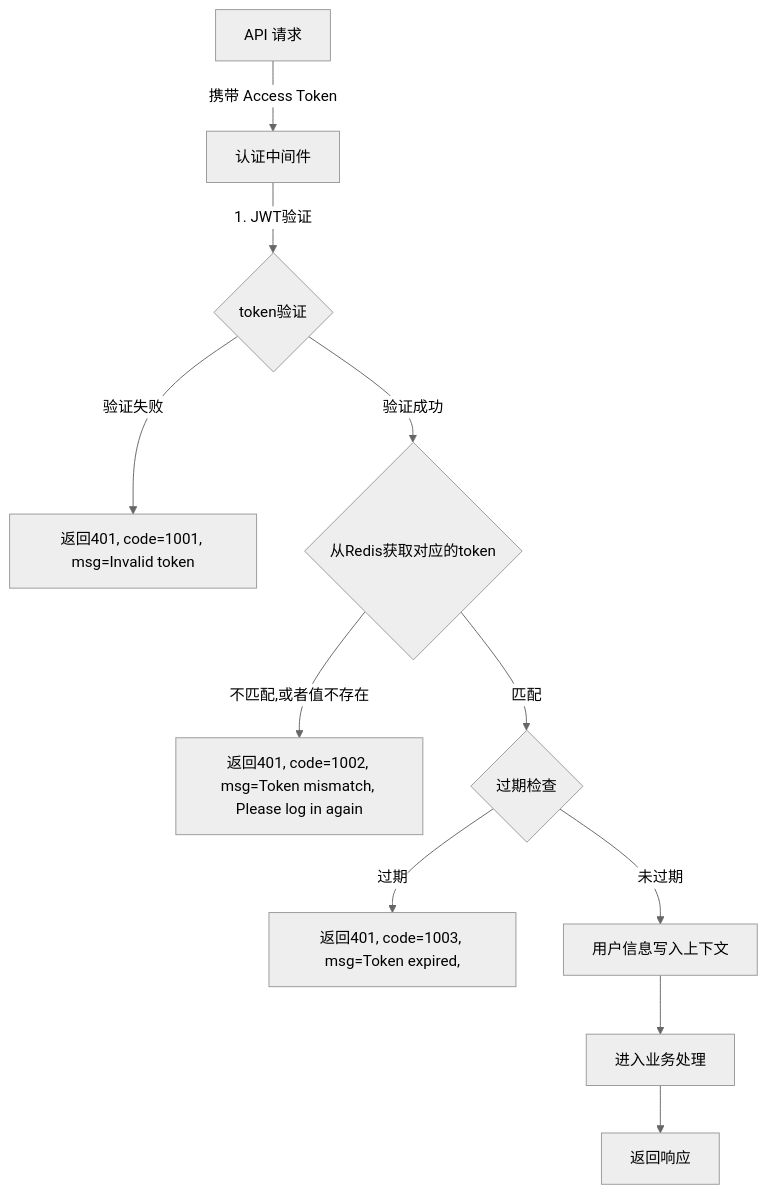
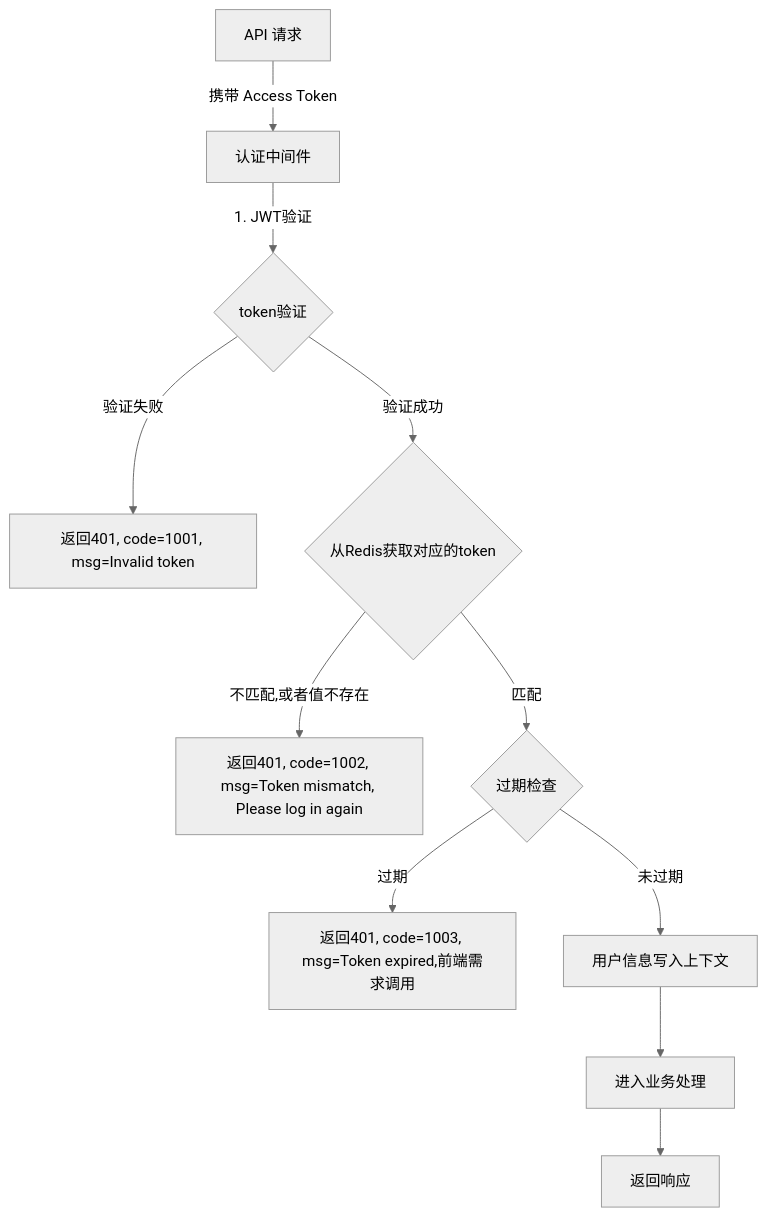
The diagram in all/未命名-16.md (yingjianzh/iodraw-files), drawn with Mermaid (neutral theme) before and after one commit.

Commit message:
2025-01-08 14:58:37 update

````diff
--- a/all/未命名-16.md
+++ b/all/未命名-16.md
@@ -1,17 +1,17 @@
 ```mermaid
 
 flowchart TD
     A[API 请求] -->|携带 Access Token| B[认证中间件]
     B -->|1. JWT验证| C{token验证}
     C -->|验证失败| D[返回401, code=1001, msg=Invalid token]
     C -->|验证成功| I{从Redis获取对应的token}
     
     I -->|不匹配,或者值不存在| J[返回401, code=1002, msg=Token mismatch, Please log in again]
     I -->|匹配| F{过期检查}
     
-    F -->|过期| E[返回401, code=1003, msg=Token expired,]
+    F -->|过期| E[返回401, code=1003, msg=Token expired,前端需求调用]
     F -->|未过期| K[用户信息写入上下文]
     K --> L[进入业务处理]
     L --> N[返回响应]
 
 ```
````
